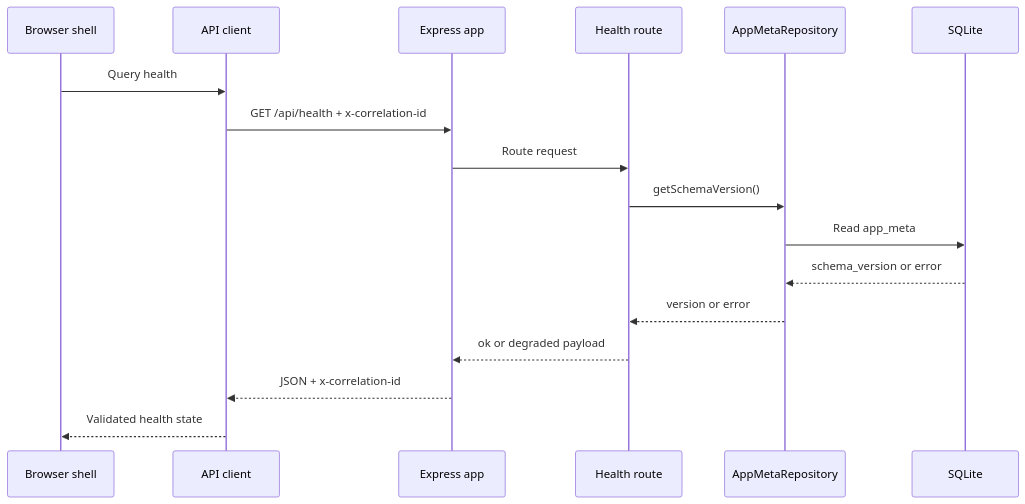
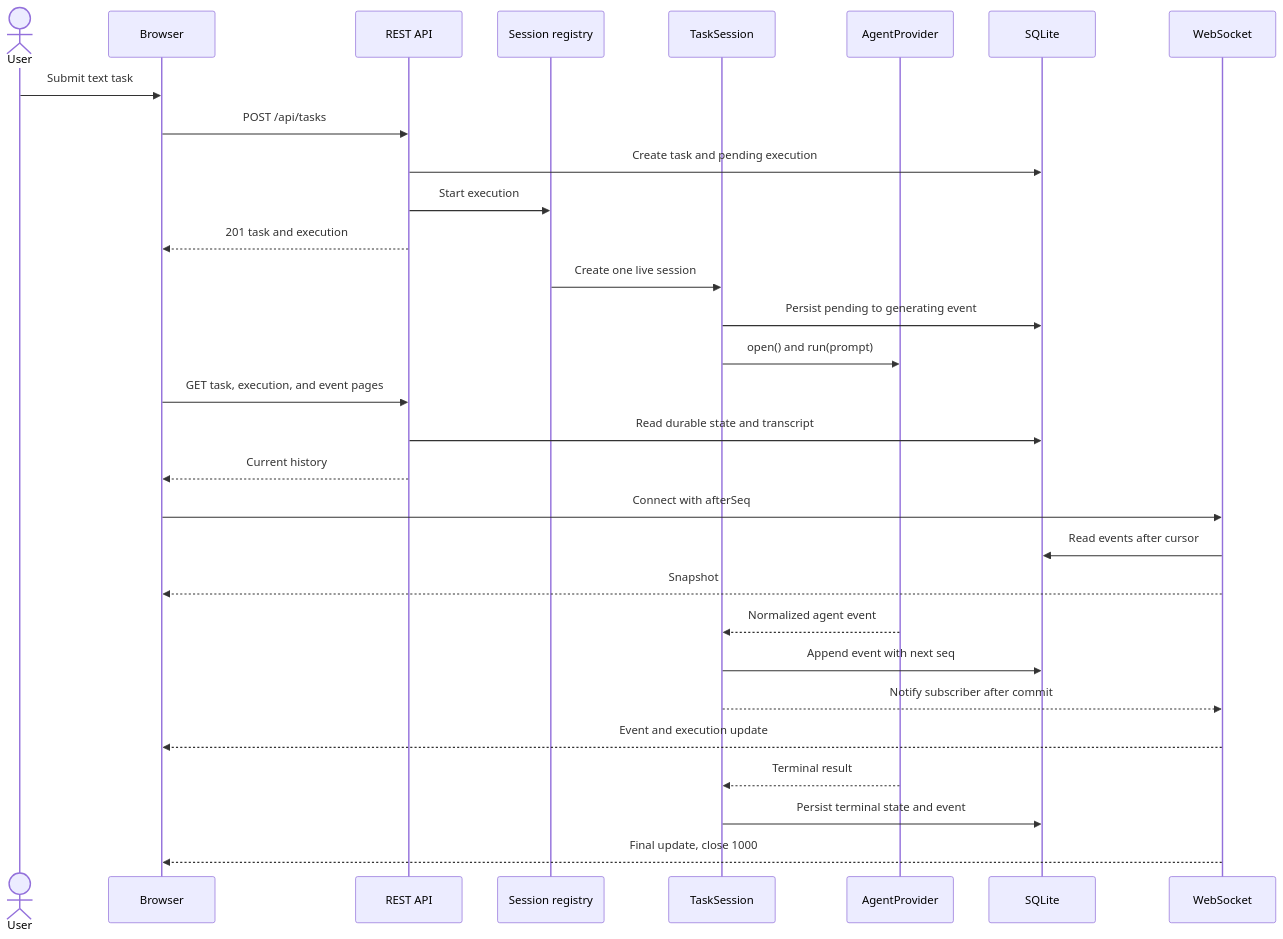
The third of 4 diagrams in docs/architecture.md (abranjith/auto-mate), drawn with Mermaid before and after one commit. The commit also changed other lines of this file and 77 other files, not shown here.

````diff
--- a/docs/architecture.md
+++ b/docs/architecture.md
@@ -80,19 +92,33 @@
 ```mermaid
 sequenceDiagram
-  participant B as Browser shell
-  participant A as API client
-  participant E as Express app
-  participant H as Health route
-  participant R as AppMetaRepository
+  actor U as User
+  participant B as Browser
+  participant R as REST API
+  participant G as Session registry
+  participant S as TaskSession
+  participant A as AgentProvider
   participant D as SQLite
-  B->>A: Query health
-  A->>E: GET /api/health + x-correlation-id
-  E->>H: Route request
-  H->>R: getSchemaVersion()
-  R->>D: Read app_meta
-  D-->>R: schema_version or error
-  R-->>H: version or error
-  H-->>E: ok or degraded payload
-  E-->>A: JSON + x-correlation-id
-  A-->>B: Validated health state
+  participant W as WebSocket
+
+  U->>B: Submit text task
+  B->>R: POST /api/tasks
+  R->>D: Create task and pending execution
+  R->>G: Start execution
+  R-->>B: 201 task and execution
+  G->>S: Create one live session
+  S->>D: Persist pending to generating event
+  S->>A: open() and run(prompt)
+  B->>R: GET task, execution, and event pages
+  R->>D: Read durable state and transcript
+  R-->>B: Current history
+  B->>W: Connect with afterSeq
+  W->>D: Read events after cursor
+  W-->>B: Snapshot
+  A-->>S: Normalized agent event
+  S->>D: Append event with next seq
+  S-->>W: Notify subscriber after commit
+  W-->>B: Event and execution update
+  A-->>S: Terminal result
+  S->>D: Persist terminal state and event
+  W-->>B: Final update, close 1000
 ```
````
